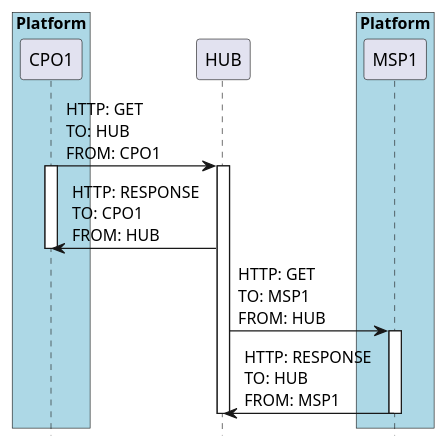
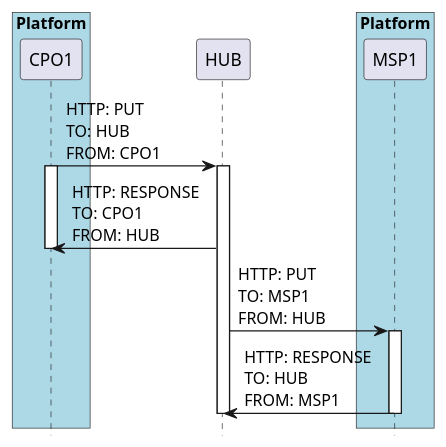
Before and after one commit to ocpi/ocpi: the diagram in plantuml/sd_platform_hub_platform_broadcast.plantuml, drawn with PlantUML. The commit also changed 1 other file, not shown here.

Commit message:
fix sequence diagram that wrongly shows GET requests being broadcast pushed

```diff
--- a/plantuml/sd_platform_hub_platform_broadcast.plantuml
+++ b/plantuml/sd_platform_hub_platform_broadcast.plantuml
@@ -1,25 +1,25 @@
 @startuml
 skinparam dpi 100
 hide footbox
 
 box "Platform" #LightBlue
   participant "CPO1" as CPO1
 end box
 
 participant "HUB" as HUB
 
 box "Platform" #LightBlue
   participant "MSP1" as MSP1
 end box
 
-CPO1 -> HUB: HTTP: GET\nTO: HUB\nFROM: CPO1
+CPO1 -> HUB: HTTP: PUT\nTO: HUB\nFROM: CPO1
 activate CPO1
 activate HUB
 HUB -> CPO1: HTTP: RESPONSE\nTO: CPO1\nFROM: HUB
 deactivate CPO1
-HUB -> MSP1: HTTP: GET\nTO: MSP1\nFROM: HUB
+HUB -> MSP1: HTTP: PUT\nTO: MSP1\nFROM: HUB
 activate MSP1
 MSP1 -> HUB: HTTP: RESPONSE\nTO: HUB\nFROM: MSP1
 deactivate MSP1
 deactivate HUB
 @enduml
```
